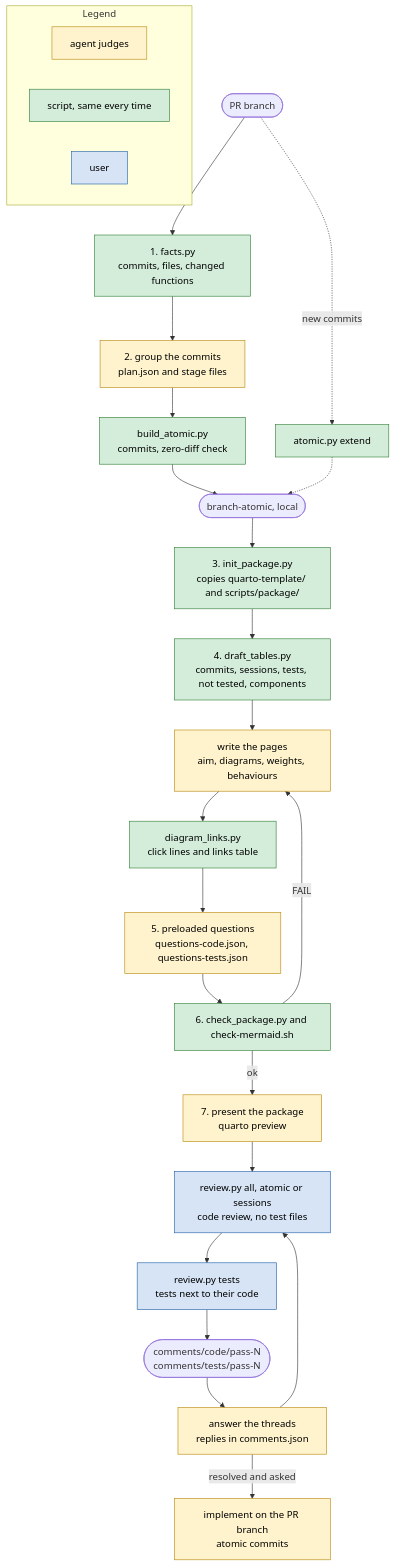
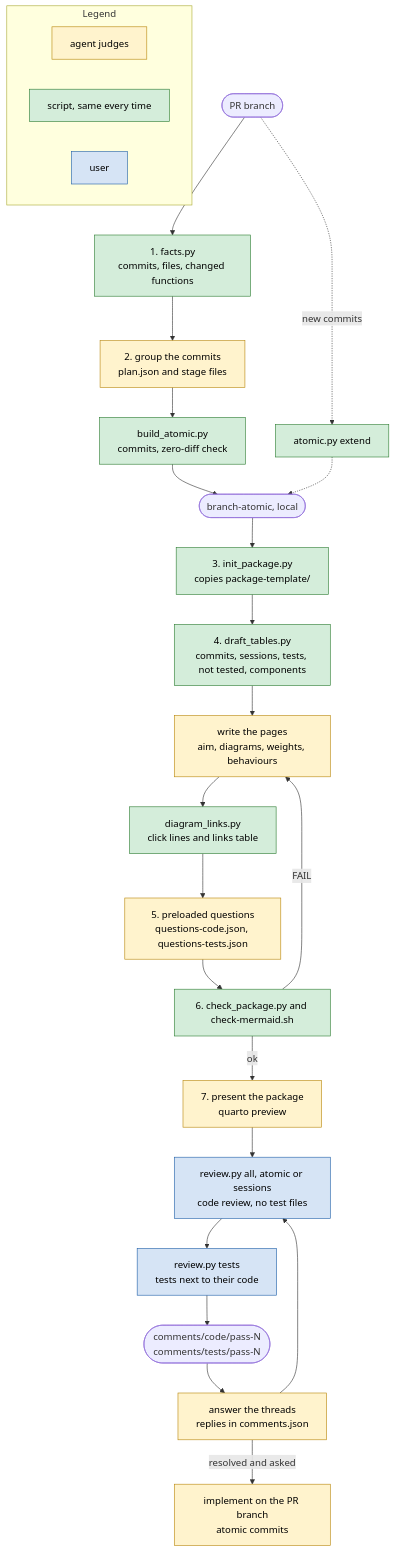
Before and after one commit to sfmig/rse-plugins: the diagram in dev/skills/pr-review/README.md, drawn with Mermaid. The commit also changed other lines of this file and 19 other files, not shown here.

First line of the commit message:
Put every fixed file in package-template/, laid out as in the package

````diff
--- a/dev/skills/pr-review/README.md
+++ b/dev/skills/pr-review/README.md
@@ -9,33 +9,33 @@
 ```mermaid
 flowchart TD
     subgraph legend [Legend]
         LA["agent judges"]:::agent
         LS["script, same every time"]:::script
         LU["user"]:::user
     end
 
     PR(["PR branch"]) --> F["1. facts.py<br/>commits, files, changed functions"]:::script
     F --> G["2. group the commits<br/>plan.json and stage files"]:::agent
     G --> BA["build_atomic.py<br/>commits, zero-diff check"]:::script
     BA --> AB(["branch-atomic, local"])
-    AB --> IP["3. init_package.py<br/>copies quarto-template/ and scripts/package/"]:::script
+    AB --> IP["3. init_package.py<br/>copies package-template/"]:::script
     IP --> D["4. draft_tables.py<br/>commits, sessions, tests, not tested, components"]:::script
     D --> W["write the pages<br/>aim, diagrams, weights, behaviours"]:::agent
     W --> DL["diagram_links.py<br/>click lines and links table"]:::script
     DL --> Q["5. preloaded questions<br/>questions-code.json, questions-tests.json"]:::agent
     Q --> C["6. check_package.py and check-mermaid.sh"]:::script
     C -- FAIL --> W
     C -- ok --> P["7. present the package<br/>quarto preview"]:::agent
     P --> RC["review.py all, atomic or sessions<br/>code review, no test files"]:::user
     RC --> RT["review.py tests<br/>tests next to their code"]:::user
     RT --> CM(["comments/code/pass-N<br/>comments/tests/pass-N"])
     CM --> A["answer the threads<br/>replies in comments.json"]:::agent
     A --> RC
     A -- resolved and asked --> IM["implement on the PR branch<br/>atomic commits"]:::agent
     PR -. new commits .-> EX["atomic.py extend"]:::script
     EX -.-> AB
 
     classDef agent fill:#fff3cd,stroke:#b8860b,color:#000
     classDef script fill:#d4edda,stroke:#2e7d32,color:#000
     classDef user fill:#d6e4f5,stroke:#1f5fa8,color:#000
 ```
````
